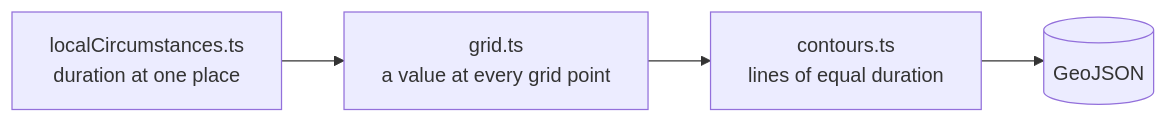
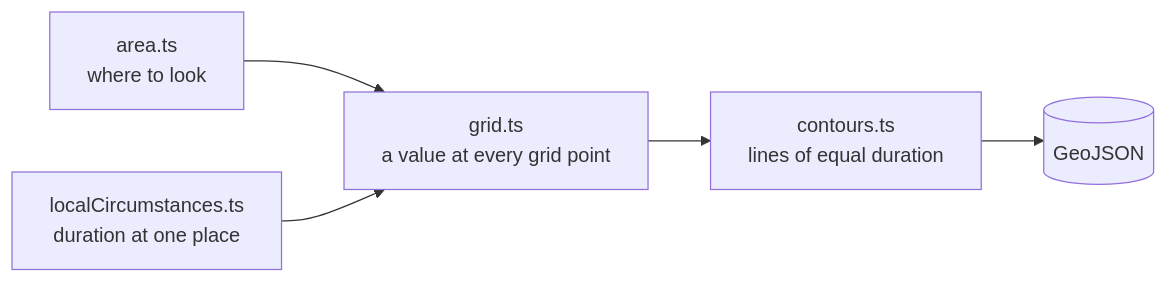
The third of 3 diagrams in src/engine/README.md (imagobea/chasing-totality), drawn with Mermaid before and after one commit. The commit also changed other lines of this file and 23 other files, not shown here.

````diff
--- a/src/engine/README.md
+++ b/src/engine/README.md
@@ -153,9 +153,11 @@
 ```mermaid
 graph LR
+    Area["area.ts<br/>where to look"]
     Local["localCircumstances.ts<br/>duration at one place"]
     Grid["grid.ts<br/>a value at every grid point"]
     Contours["contours.ts<br/>lines of equal duration"]
     File[("GeoJSON")]
 
+    Area --> Grid
     Local --> Grid --> Contours --> File
 ```
````
